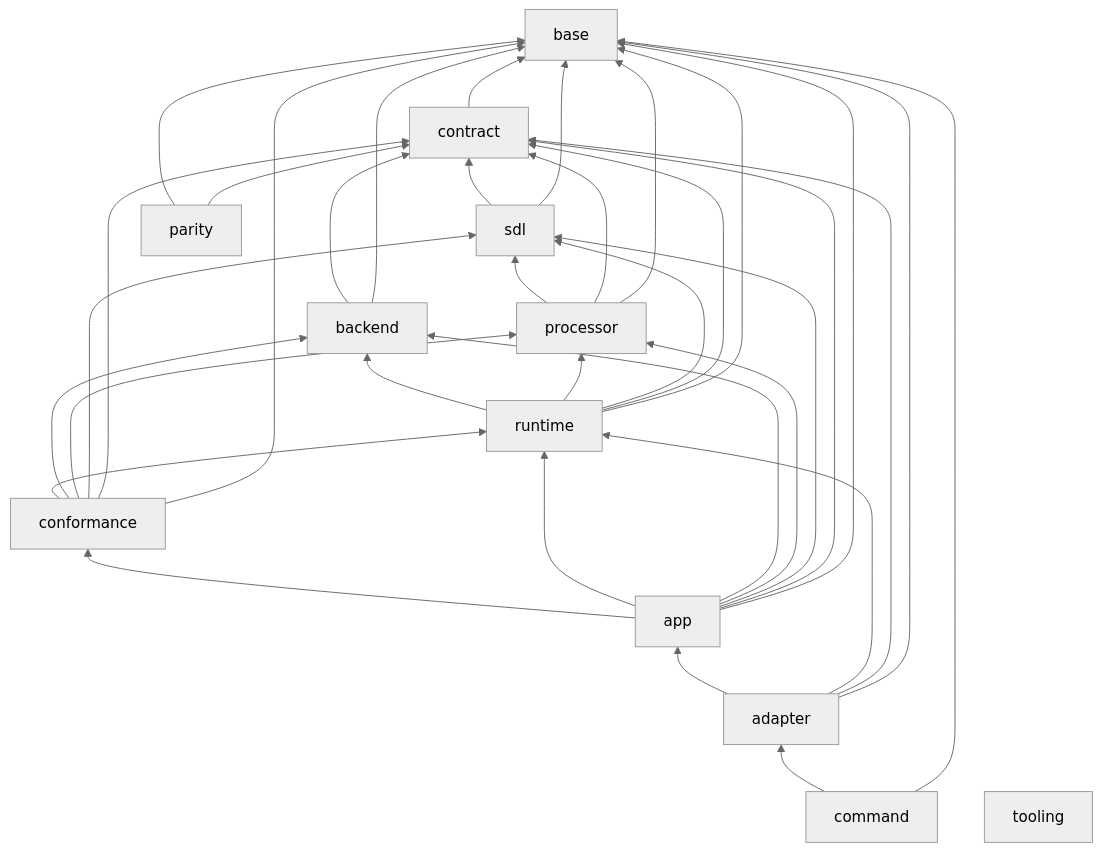
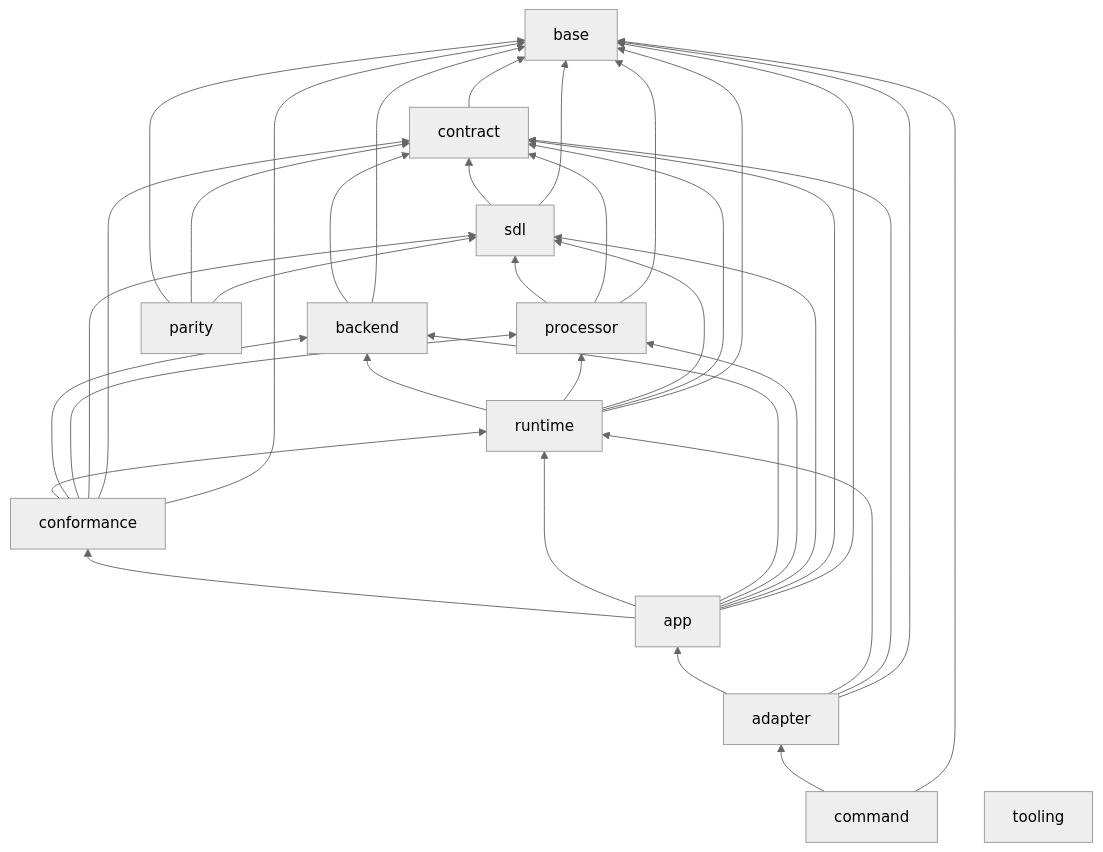
Before and after one commit to OpenRAE/rae: the third of 3 diagrams in docs/develop/go-architecture.md, drawn with Mermaid (neutral theme). The commit also changed other lines of this file and 20 other files, not shown here.

````diff
--- a/docs/develop/go-architecture.md
+++ b/docs/develop/go-architecture.md
@@ -211,49 +219,50 @@
 ```mermaid
 flowchart BT
     L0["base"]
     L1["contract"]
     L1 --> L0
     L2["sdl"]
     L2 --> L1
     L2 --> L0
     L3["processor"]
     L3 --> L2
     L3 --> L1
     L3 --> L0
     L4["backend"]
     L4 --> L1
     L4 --> L0
     L5["runtime"]
     L5 --> L4
     L5 --> L3
     L5 --> L2
     L5 --> L1
     L5 --> L0
     L6["conformance"]
     L6 --> L5
     L6 --> L4
     L6 --> L3
     L6 --> L2
     L6 --> L1
     L6 --> L0
     L7["app"]
     L7 --> L6
     L7 --> L5
     L7 --> L4
     L7 --> L3
     L7 --> L2
     L7 --> L1
     L7 --> L0
     L8["adapter"]
     L8 --> L7
     L8 --> L5
     L8 --> L1
     L8 --> L0
     L9["command"]
     L9 --> L8
     L9 --> L0
     L10["parity"]
     L10 --> L0
     L10 --> L1
+    L10 --> L2
     L11["tooling"]
 ```
````
